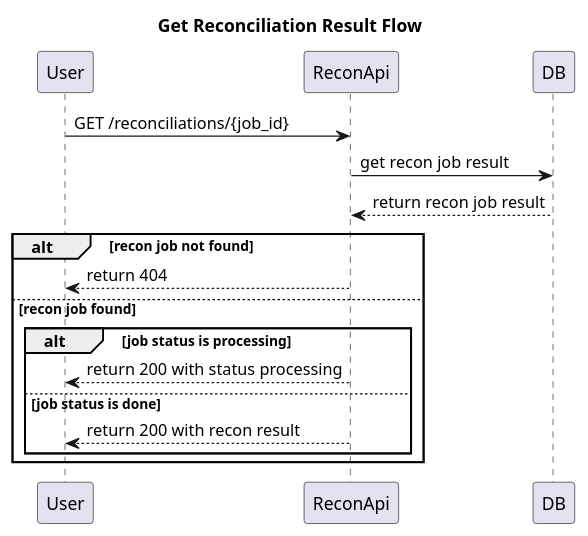
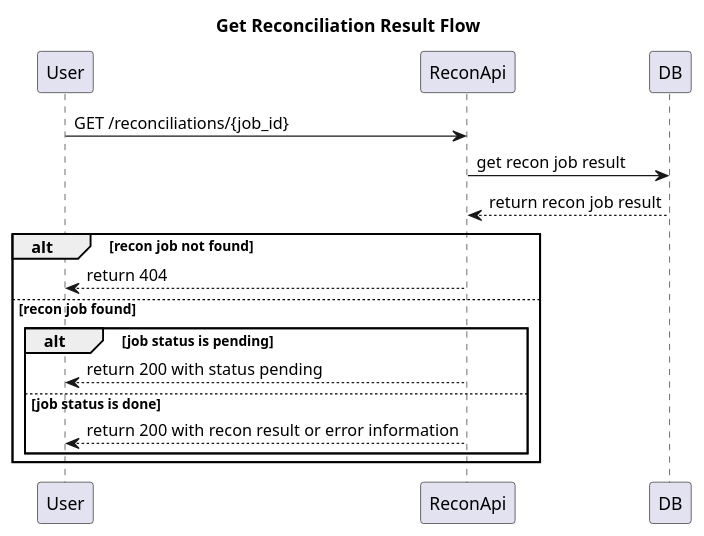
The diagram in docs/get_recon_result.plantuml (dellykaos/reconcile-transactions), drawn with PlantUML before and after one commit. The commit also changed 1 other file, not shown here.

```diff
--- a/docs/get_recon_result.plantuml
+++ b/docs/get_recon_result.plantuml
@@ -1,18 +1,18 @@
 @startuml Get Reconciliation Result Flow
 
 title Get Reconciliation Result Flow
 
 User -> ReconApi: GET /reconciliations/{job_id}
 ReconApi -> DB: get recon job result
 DB --> ReconApi: return recon job result
 alt recon job not found
   ReconApi --> User: return 404
 else recon job found
-  alt job status is processing
-    ReconApi --> User: return 200 with status processing
+  alt job status is pending
+    ReconApi --> User: return 200 with status pending
   else job status is done
-    ReconApi --> User: return 200 with recon result
+    ReconApi --> User: return 200 with recon result or error information
   end
 end
 
 @enduml
```
